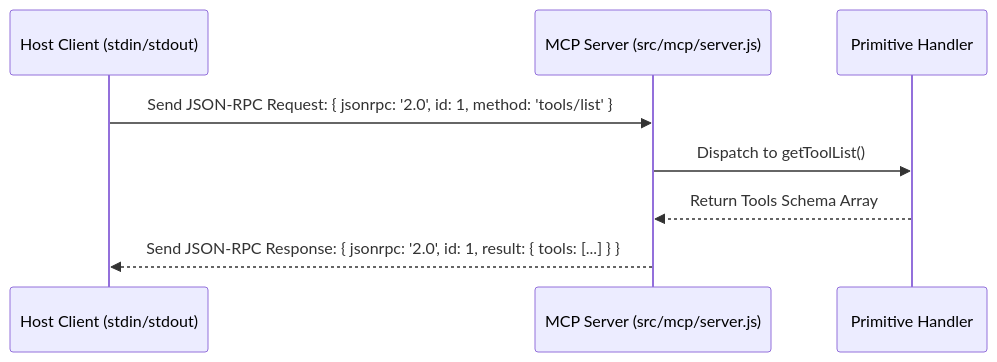
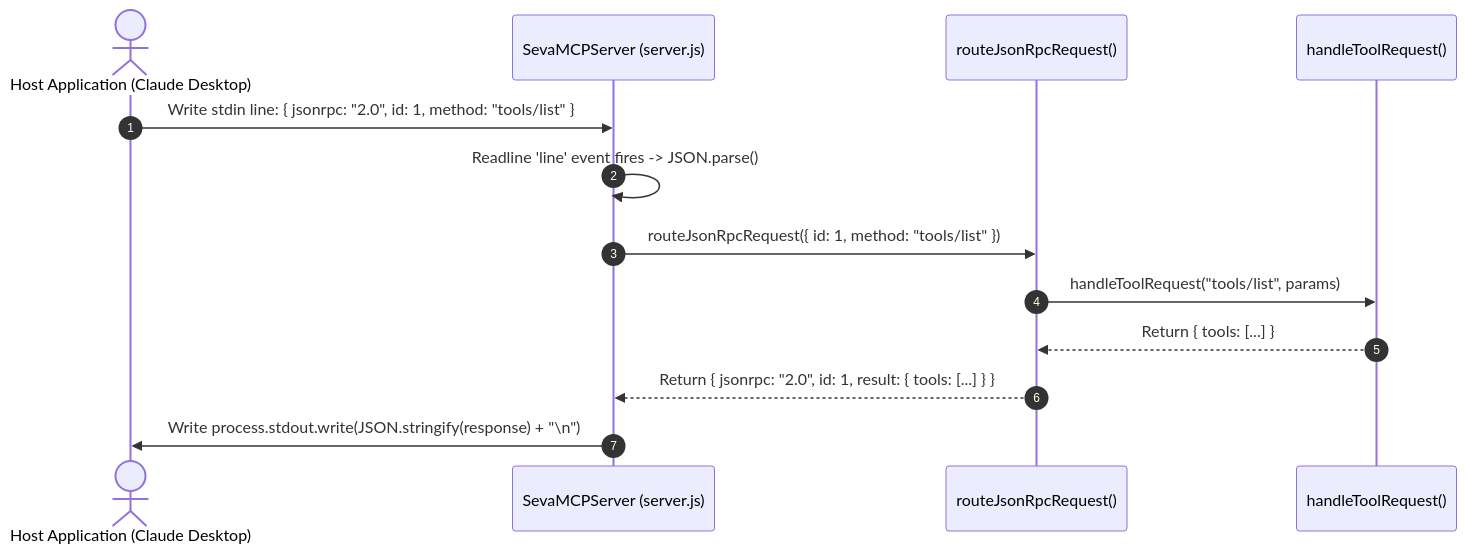
Before and after one commit to Amie-dev/engineering-playbook: the third of 3 diagrams in agentic-ai-notes/06-seva-mcp/01-mcp-server-core.md, drawn with Mermaid. The commit also changed other lines of this file and 12 other files, not shown here.

````diff
--- a/agentic-ai-notes/06-seva-mcp/01-mcp-server-core.md
+++ b/agentic-ai-notes/06-seva-mcp/01-mcp-server-core.md
@@ -10,11 +68,18 @@
 ```mermaid
 sequenceDiagram
-    participant Host as Host Client (stdin/stdout)
-    participant Server as MCP Server (src/mcp/server.js)
-    participant Primitive as Primitive Handler
+    autonumber
+    actor Host as Host Application (Claude Desktop)
+    participant Core as SevaMCPServer (server.js)
+    participant Router as routeJsonRpcRequest()
+    participant Tool as handleToolRequest()
 
-    Host->>Server: Send JSON-RPC Request: { jsonrpc: '2.0', id: 1, method: 'tools/list' }
-    Server->>Primitive: Dispatch to getToolList()
-    Primitive-->>Server: Return Tools Schema Array
-    Server-->>Host: Send JSON-RPC Response: { jsonrpc: '2.0', id: 1, result: { tools: [...] } }
+    Host->>Core: Write stdin line: { jsonrpc: "2.0", id: 1, method: "tools/list" }
+    Core->>Core: Readline 'line' event fires -> JSON.parse()
+    
+    Core->>Router: routeJsonRpcRequest({ id: 1, method: "tools/list" })
+    Router->>Tool: handleToolRequest("tools/list", params)
+    Tool-->>Router: Return { tools: [...] }
+    
+    Router-->>Core: Return { jsonrpc: "2.0", id: 1, result: { tools: [...] } }
+    Core->>Host: Write process.stdout.write(JSON.stringify(response) + "\n")
 ```
````
